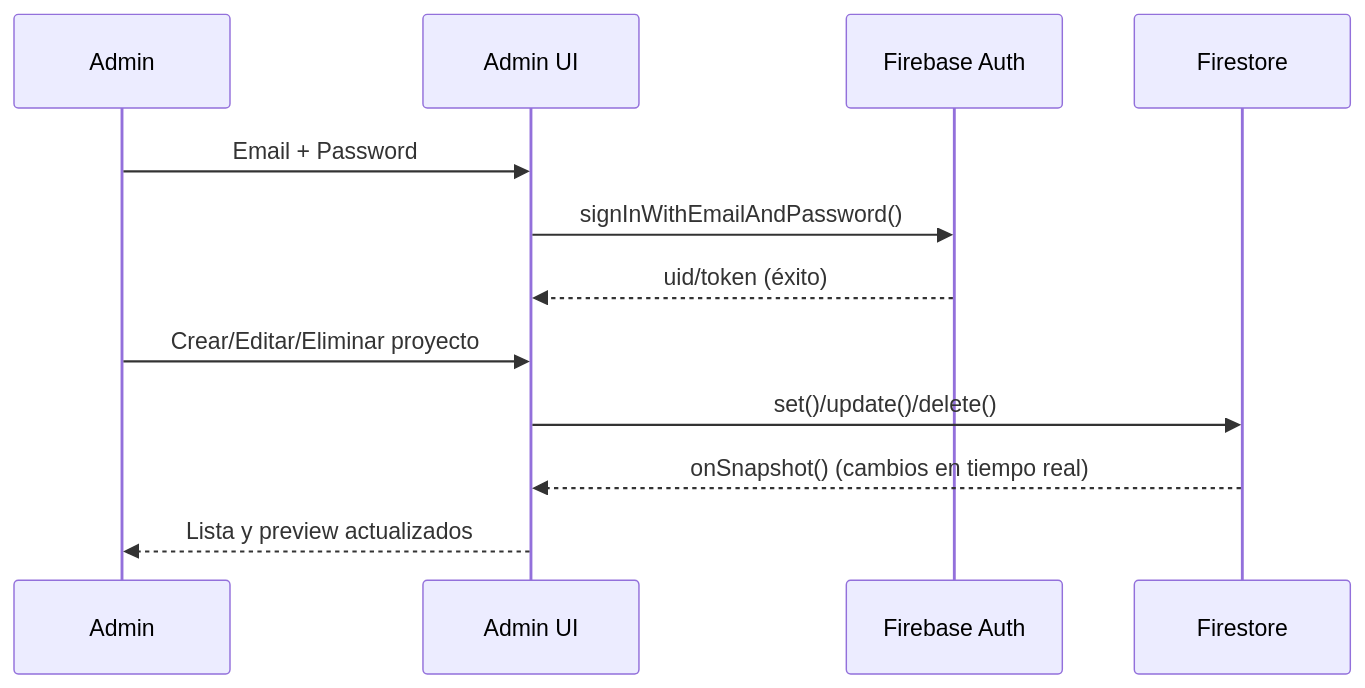
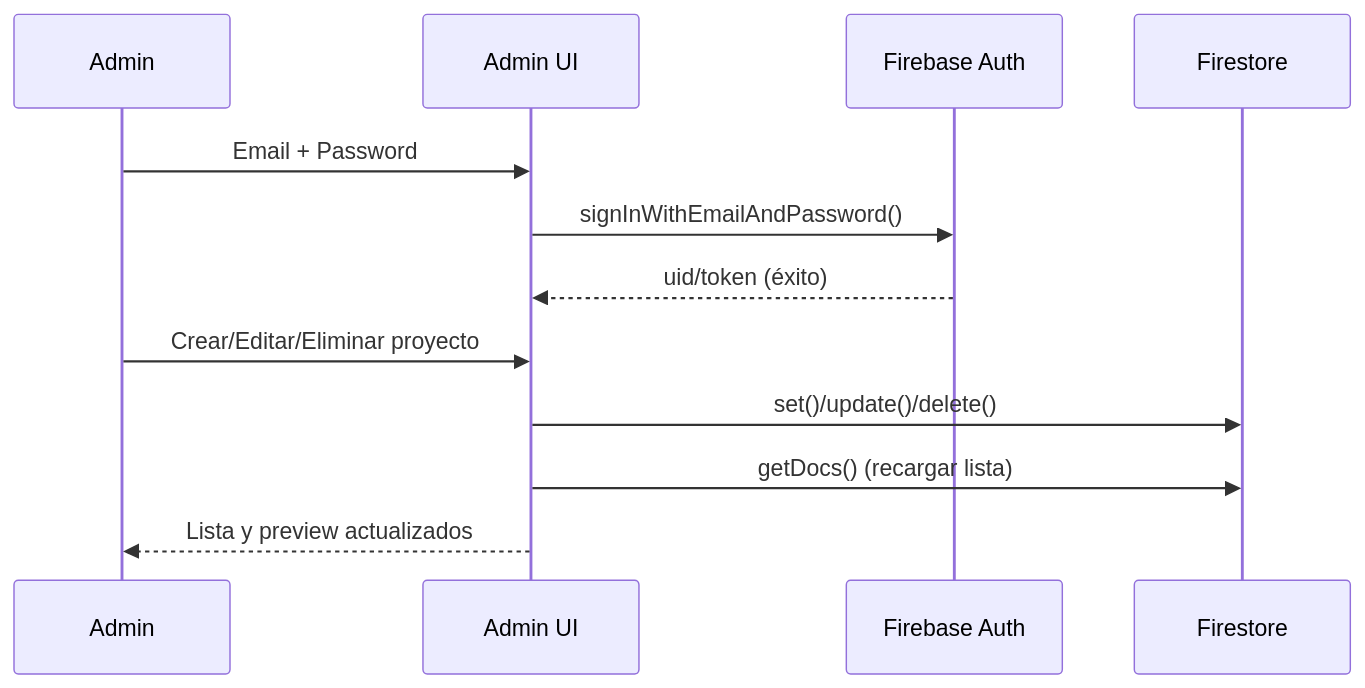
One commit to Jhormancastella/Mis-webs changed the second of 5 diagrams in README.md. Above: the diagram before and after it, drawn with Mermaid. The commit also changed other lines of this file and 1 other file, not shown here.

````diff
--- a/README.md
+++ b/README.md
@@ -166,15 +166,15 @@
 ```mermaid
 sequenceDiagram
   participant A as Admin
   participant UI as Admin UI
   participant Auth as Firebase Auth
   participant DB as Firestore
 
   A->>UI: Email + Password
   UI->>Auth: signInWithEmailAndPassword()
   Auth-->>UI: uid/token (éxito)
   A->>UI: Crear/Editar/Eliminar proyecto
   UI->>DB: set()/update()/delete()
-  DB-->>UI: onSnapshot() (cambios en tiempo real)
+  UI->>DB: getDocs() (recargar lista)
   UI-->>A: Lista y preview actualizados
 ```
````
